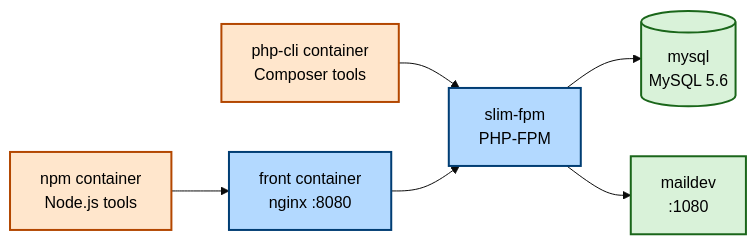
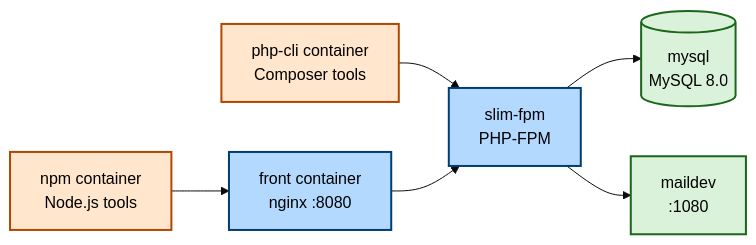
Before and after one commit to mleguen/tkdo: the first of 2 diagrams in docs/ci-testing-strategy.md, drawn with Mermaid (base theme). The commit also changed other lines of this file and 10 other files, not shown here.

````diff
--- a/docs/ci-testing-strategy.md
+++ b/docs/ci-testing-strategy.md
@@ -49,16 +49,16 @@
 ```mermaid
 flowchart LR
     npm[npm container<br/>Node.js tools] --> front[front container<br/>nginx :8080]
     composer[php-cli container<br/>Composer tools] --> api[slim-fpm<br/>PHP-FPM]
-    api --> mysql[(mysql<br/>MySQL 5.6)]
+    api --> mysql[(mysql<br/>MySQL 8.0)]
     api --> maildev[maildev<br/>:1080]
     front --> api
 
     classDef tools fill:#ffe6cc,stroke:#b34700,stroke-width:2px,color:#000
     classDef runtime fill:#b3d9ff,stroke:#003d73,stroke-width:2px,color:#000
     classDef data fill:#d9f2d9,stroke:#1a661a,stroke-width:2px,color:#000
 
     class npm,composer tools
     class front,api runtime
     class mysql,maildev data
 ```
````
